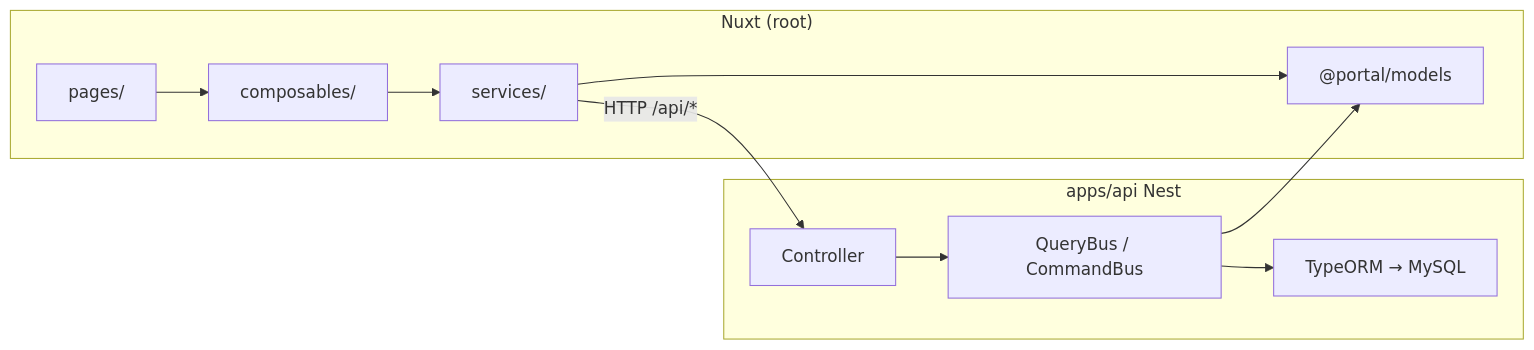
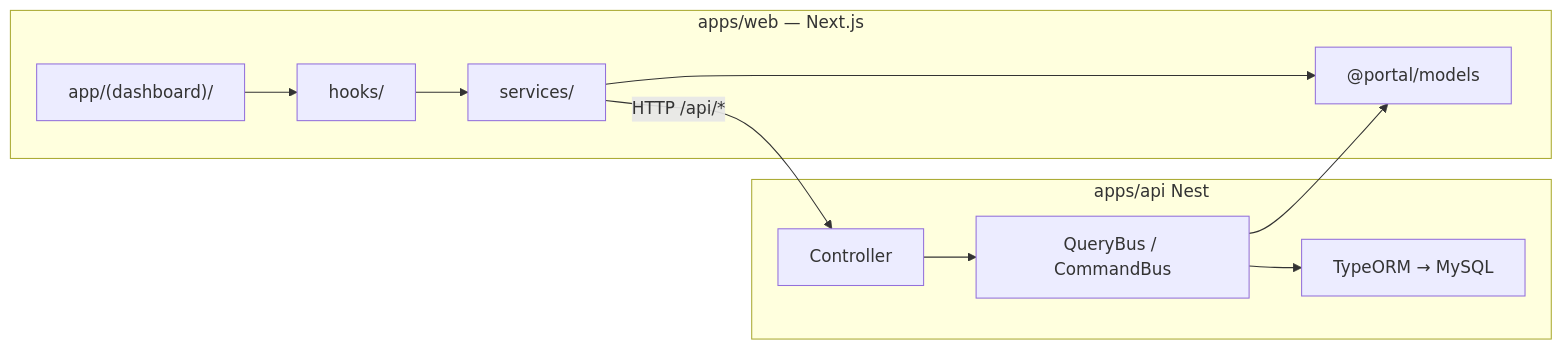
One commit to raintr91/next_nest changed the second of 4 diagrams in docs/operational/WIRE-PHASE-DIAGRAM.md. Above: the diagram before and after it, drawn with Mermaid. The commit also changed other lines of this file and 836 other files, not shown here.

````diff
--- a/docs/operational/WIRE-PHASE-DIAGRAM.md
+++ b/docs/operational/WIRE-PHASE-DIAGRAM.md
@@ -56,21 +56,21 @@
 ```mermaid
 flowchart LR
-  subgraph FE["Nuxt (root)"]
-    P[pages/]
-    CO[composables/]
+  subgraph FE["apps/web — Next.js"]
+    P["app/(dashboard)/"]
+    HO[hooks/]
     SV[services/]
     MO["@portal/models"]
   end
 
   subgraph API["apps/api Nest"]
     CTL[Controller]
     CQRS[QueryBus / CommandBus]
     ORM[TypeORM → MySQL]
   end
 
-  P --> CO --> SV
+  P --> HO --> SV
   SV -->|"HTTP /api/*"| CTL
   CTL --> CQRS --> ORM
   SV --> MO
   CQRS --> MO
 ```
````
